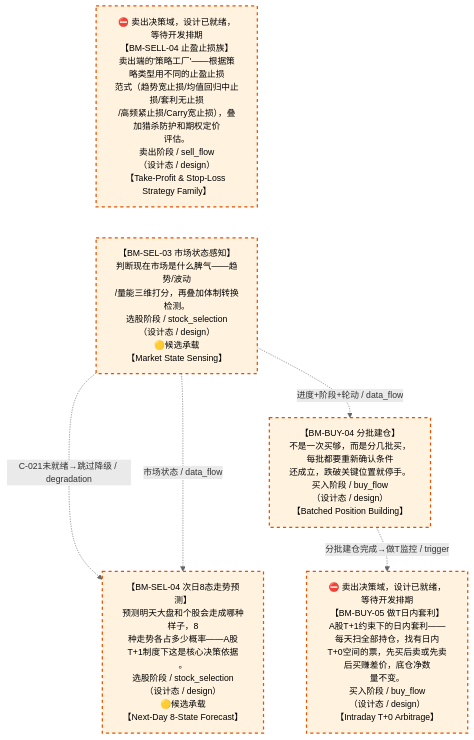
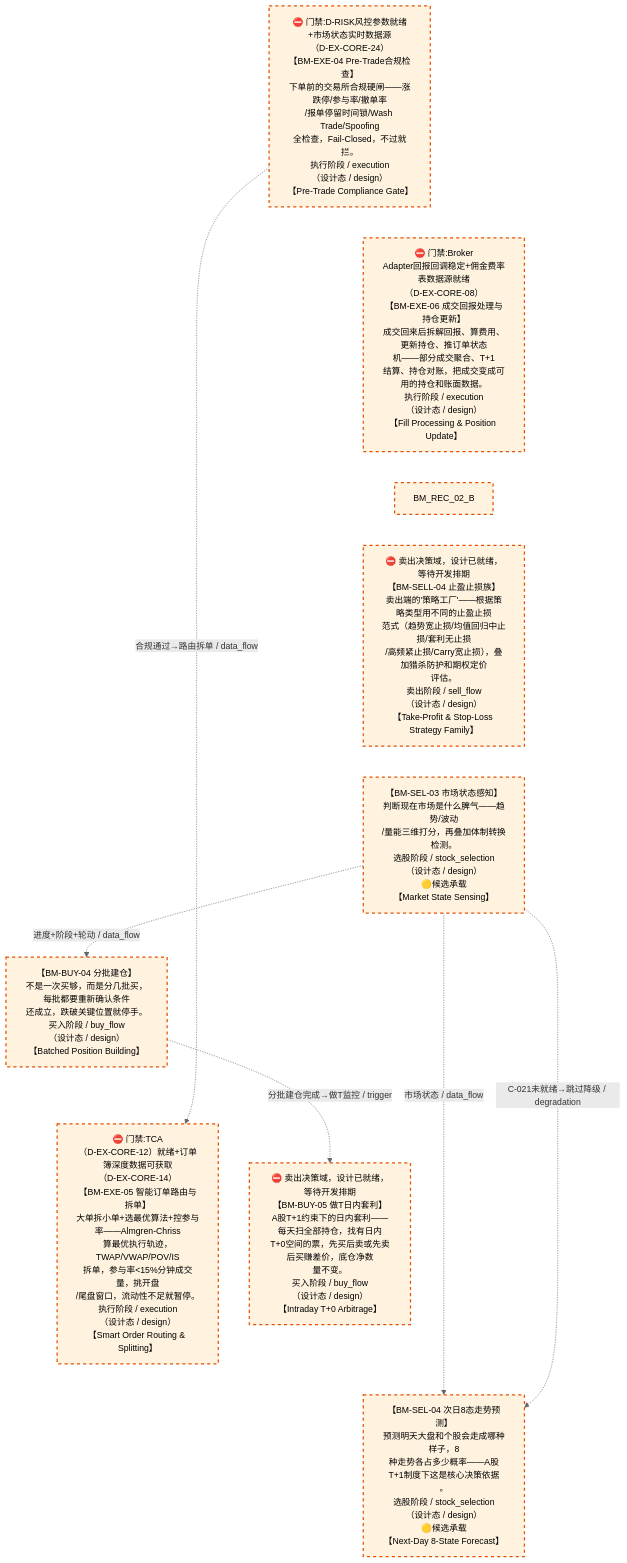
Before and after one commit to xuanFelixVan/ZephyrAlpha: the fourth of 4 diagrams in docs/02_enterprise_architecture/07_trading_decision_architecture/battle_map/battle_map_panorama.md, drawn with Mermaid. The commit also changed other lines of this file and 7 other files, not shown here.

First line of the commit message:
feat(gov): buy_flow 富化 +1 环节 BM-BUY-08 交易纪律合规闸 + 2 候选锚点 + BM-BUY-04 置信度分层

````diff
--- a/docs/02_enterprise_architecture/07_trading_decision_architecture/battle_map/battle_map_panorama.md
+++ b/docs/02_enterprise_architecture/07_trading_decision_architecture/battle_map/battle_map_panorama.md
@@ -263,22 +392,26 @@
 ```mermaid
 %%{init: {'theme': 'base', 'themeVariables': {'primaryColor': '#eaeaea', 'primaryTextColor': '#333333', 'primaryBorderColor': '#666666', 'lineColor': '#666666', 'secondaryColor': '#eaeaea', 'tertiaryColor': '#eaeaea', 'clusterBkg': 'transparent', 'clusterBorder': 'transparent', 'fontSize': '14px'}}}%%
 %% 作战地图·设计态
 flowchart TD
+    BM_EXE_04["⛔ 门禁:D-RISK风控参数就绪+市场状态实时数据源<br/>（D-EX-CORE-24）<br/>【BM-EXE-04 Pre-Trade合规检查】<br/>下单前的交易所合规硬闸——涨跌停/参与率/撤单率<br/>/报单停留时间锁/Wash Trade/Spoofing<br/>全检查，Fail-Closed，不过就拦。<br/>执行阶段 / execution<br/>（设计态 / design）<br/>【Pre-Trade Compliance Gate】"]
+    BM_EXE_05["⛔ 门禁:TCA<br/>（D-EX-CORE-12）就绪+订单簿深度数据可获取<br/>（D-EX-CORE-14）<br/>【BM-EXE-05 智能订单路由与拆单】<br/>大单拆小单+选最优算法+控参与率——Almgren-Chriss<br/>算最优执行轨迹，TWAP/VWAP/POV/IS<br/>拆单，参与率&lt;15%分钟成交量，挑开盘<br/>/尾盘窗口，流动性不足就暂停。<br/>执行阶段 / execution<br/>（设计态 / design）<br/>【Smart Order Routing &amp; Splitting】"]
     BM_SEL_03["【BM-SEL-03 市场状态感知】<br/>判断现在市场是什么脾气——趋势/波动<br/>/量能三维打分，再叠加体制转换检测。<br/>选股阶段 / stock_selection<br/>（设计态 / design）<br/>🟡候选承载<br/>【Market State Sensing】"]
     BM_BUY_04["【BM-BUY-04 分批建仓】<br/>不是一次买够，而是分几批买，每批都要重新确认条件<br/>还成立，跌破关键位置就停手。<br/>买入阶段 / buy_flow<br/>（设计态 / design）<br/>【Batched Position Building】"]
     BM_SELL_04["⛔ 卖出决策域，设计已就绪，等待开发排期<br/>【BM-SELL-04 止盈止损族】<br/>卖出端的'策略工厂'——根据策略类型用不同的止盈止损<br/>范式（趋势宽止损/均值回归中止损/套利无止损<br/>/高频紧止损/Carry宽止损），叠加猎杀防护和期权定价<br/>评估。<br/>卖出阶段 / sell_flow<br/>（设计态 / design）<br/>【Take-Profit &amp; Stop-Loss Strategy Family】"]
     BM_SEL_04["【BM-SEL-04 次日8态走势预测】<br/>预测明天大盘和个股会走成哪种样子，8<br/>种走势各占多少概率——A股T+1制度下这是核心决策依据<br/>。<br/>选股阶段 / stock_selection<br/>（设计态 / design）<br/>🟡候选承载<br/>【Next-Day 8-State Forecast】"]
     BM_BUY_05["⛔ 卖出决策域，设计已就绪，等待开发排期<br/>【BM-BUY-05 做T日内套利】<br/>A股T+1约束下的日内套利——每天扫全部持仓，找有日内<br/>T+0空间的票，先买后卖或先卖后买赚差价，底仓净数<br/>量不变。<br/>买入阶段 / buy_flow<br/>（设计态 / design）<br/>【Intraday T+0 Arbitrage】"]
-    BM_SELL_04 ~~~ BM_SEL_03
-    BM_BUY_04 ~~~ BM_SEL_04
+    BM_EXE_06["⛔ 门禁:Broker<br/>Adapter回报回调稳定+佣金费率表数据源就绪<br/>（D-EX-CORE-08）<br/>【BM-EXE-06 成交回报处理与持仓更新】<br/>成交回来后拆解回报、算费用、更新持仓、推订单状态<br/>机——部分成交聚合、T+1<br/>结算、持仓对账，把成交变成可用的持仓和账面数据。<br/>执行阶段 / execution<br/>（设计态 / design）<br/>【Fill Processing &amp; Position Update】"]
+    BM_EXE_04 ~~~ BM_EXE_06 ~~~ BM_REC_02_B ~~~ BM_SELL_04 ~~~ BM_SEL_03
+    BM_BUY_04 ~~~ BM_EXE_05 ~~~ BM_SEL_04
     BM_SEL_03 -.->|市场状态 / data_flow| BM_SEL_04
     BM_SEL_03 -.->|进度+阶段+轮动 / data_flow| BM_BUY_04
     BM_SEL_03 -.->|C-021未就绪→跳过降级 / degradation| BM_SEL_04
     BM_BUY_04 -.->|分批建仓完成→做T监控 / trigger| BM_BUY_05
+    BM_EXE_04 -.->|合规通过→路由拆单 / data_flow| BM_EXE_05
 classDef production fill:#e1f5fe,stroke:#01579b,stroke-width:2px,color:#000
 classDef design fill:#fff3e0,stroke:#e65100,stroke-width:2px,color:#000,stroke-dasharray: 5 5
 classDef deprecated fill:#ffebee,stroke:#c62828,stroke-width:2px,color:#000
 classDef missing fill:#eeeeee,stroke:#9e9e9e,stroke-width:2px,color:#000
 classDef candidate fill:#fffde7,stroke:#f9a825,stroke-width:2px,color:#000,stroke-dasharray: 5 5
-    class BM_BUY_04,BM_BUY_05,BM_SELL_04,BM_SEL_03,BM_SEL_04 design
+    class BM_BUY_04,BM_BUY_05,BM_EXE_04,BM_EXE_05,BM_EXE_06,BM_REC_02_B,BM_SELL_04,BM_SEL_03,BM_SEL_04 design
 ```
````
